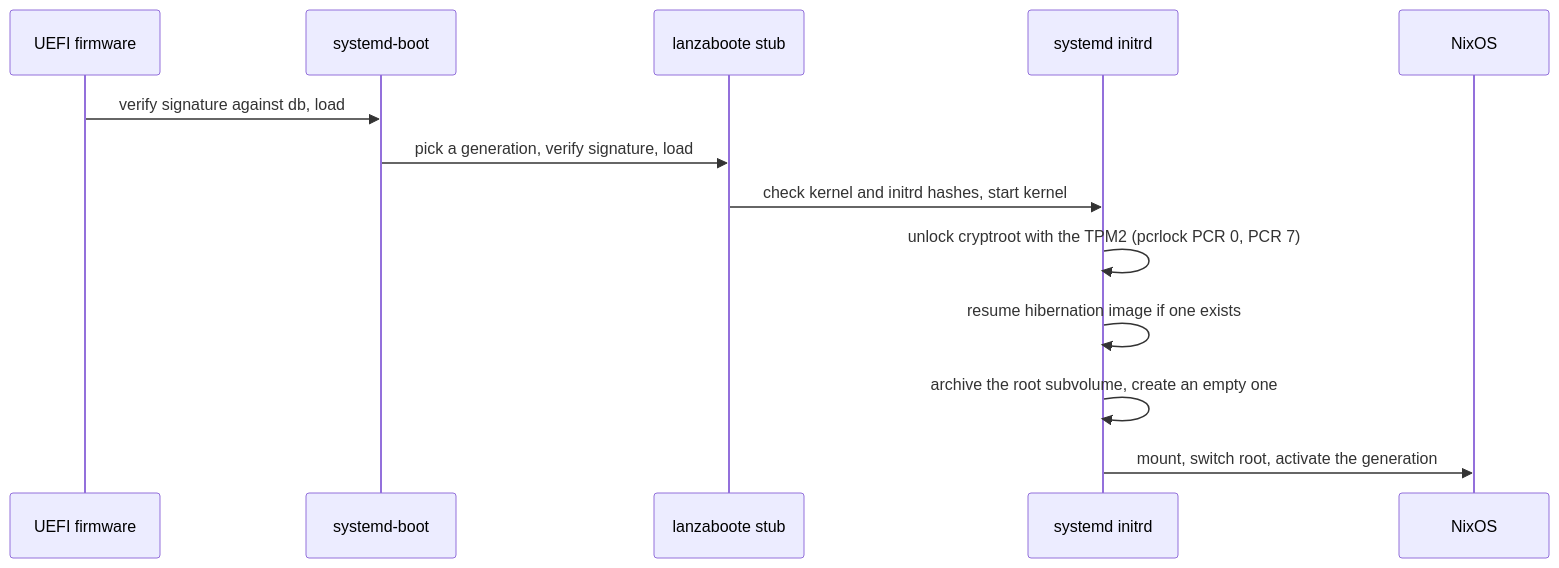
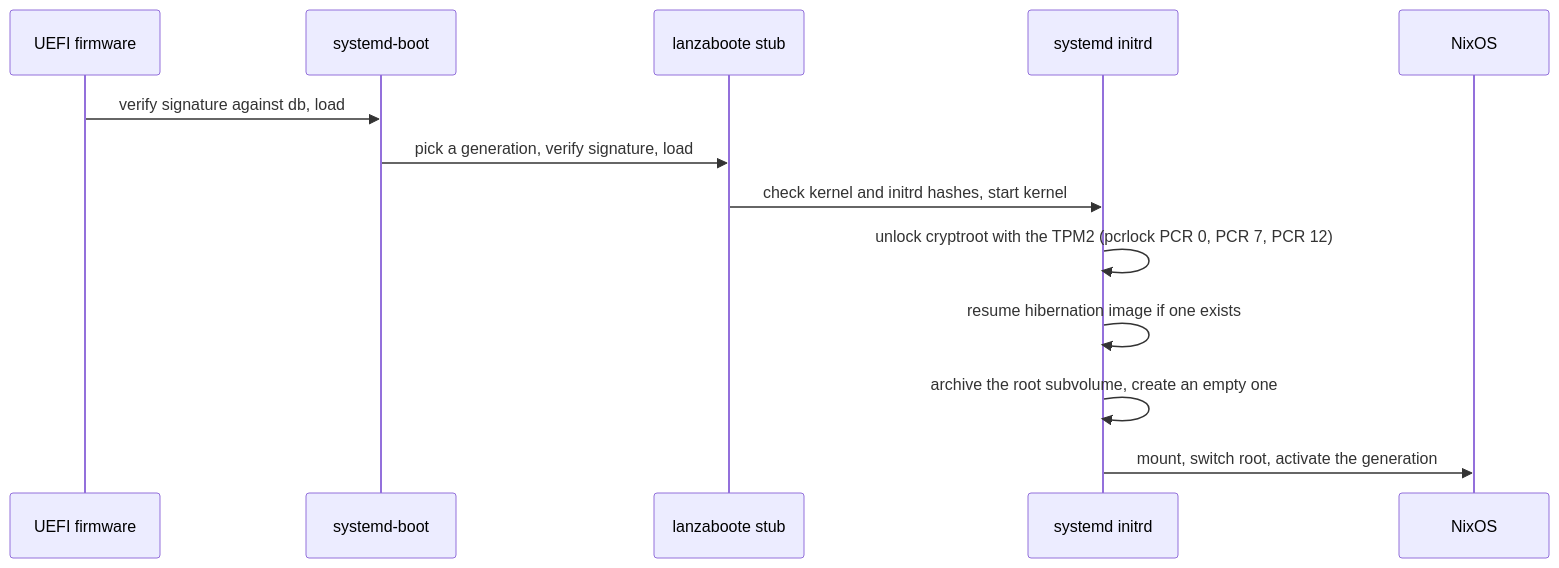
One commit to Mowsoon/nixos_config changed the diagram in docs/architecture/boot-chain.md. Above: the diagram before and after it, drawn with Mermaid. The commit also changed other lines of this file and 39 other files, not shown here.

Commit message:
Keep PCR 1 out of the TPM2 seal, and seal PCR 12 with an automatic reseal after each pcrlock policy change

````diff
--- a/docs/architecture/boot-chain.md
+++ b/docs/architecture/boot-chain.md
@@ -9,15 +9,15 @@
 ```mermaid
 sequenceDiagram
   participant FW as UEFI firmware
   participant SB as systemd-boot
   participant ST as lanzaboote stub
   participant IR as systemd initrd
   participant OS as NixOS
   FW->>SB: verify signature against db, load
   SB->>ST: pick a generation, verify signature, load
   ST->>IR: check kernel and initrd hashes, start kernel
-  IR->>IR: unlock cryptroot with the TPM2 (pcrlock PCR 0, PCR 7)
+  IR->>IR: unlock cryptroot with the TPM2 (pcrlock PCR 0, PCR 7, PCR 12)
   IR->>IR: resume hibernation image if one exists
   IR->>IR: archive the root subvolume, create an empty one
   IR->>OS: mount, switch root, activate the generation
 ```
````
